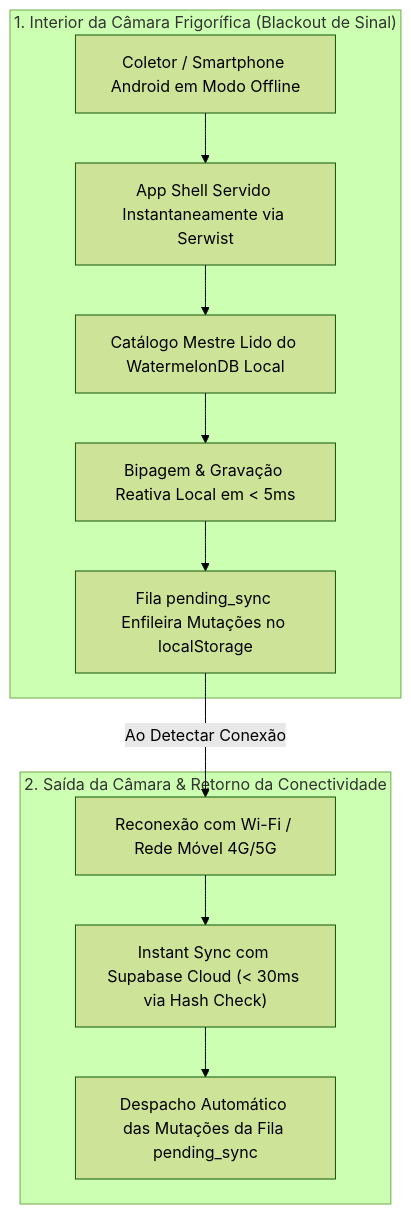
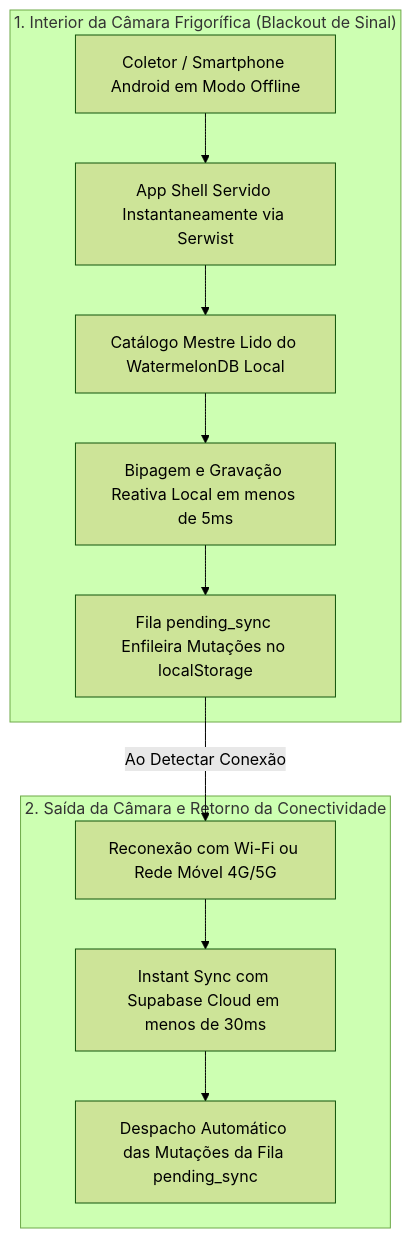
One commit to NaejBarbosa/paletscan-etl changed the diagram in docs/pwa-service-worker.md. Above: the diagram before and after it, drawn with Mermaid (forest theme). The commit also changed 5 other files, not shown here.

Commit message:
docs: converter todos os diagramas para formato vertical, adicionar espacamento de respiro e badges com links oficiais

````diff
--- a/docs/pwa-service-worker.md
+++ b/docs/pwa-service-worker.md
@@ -9,22 +9,22 @@
 ```mermaid
 flowchart TD
     subgraph CamaraFria ["1. Interior da Câmara Frigorífica (Blackout de Sinal)"]
         A1["Coletor / Smartphone Android em Modo Offline"]
         A2["App Shell Servido Instantaneamente via Serwist"]
         A3["Catálogo Mestre Lido do WatermelonDB Local"]
-        A4["Bipagem & Gravação Reativa Local em < 5ms"]
+        A4["Bipagem e Gravação Reativa Local em menos de 5ms"]
         A5["Fila pending_sync Enfileira Mutações no localStorage"]
         
         A1 --> A2 --> A3 --> A4 --> A5
     end
 
-    subgraph Reconexao ["2. Saída da Câmara & Retorno da Conectividade"]
-        B1["Reconexão com Wi-Fi / Rede Móvel 4G/5G"]
-        B2["Instant Sync com Supabase Cloud (< 30ms via Hash Check)"]
+    subgraph Reconexao ["2. Saída da Câmara e Retorno da Conectividade"]
+        B1["Reconexão com Wi-Fi ou Rede Móvel 4G/5G"]
+        B2["Instant Sync com Supabase Cloud em menos de 30ms"]
         B3["Despacho Automático das Mutações da Fila pending_sync"]
         
         B1 --> B2 --> B3
     end
 
     A5 -->|Ao Detectar Conexão| B1
 ```
````
